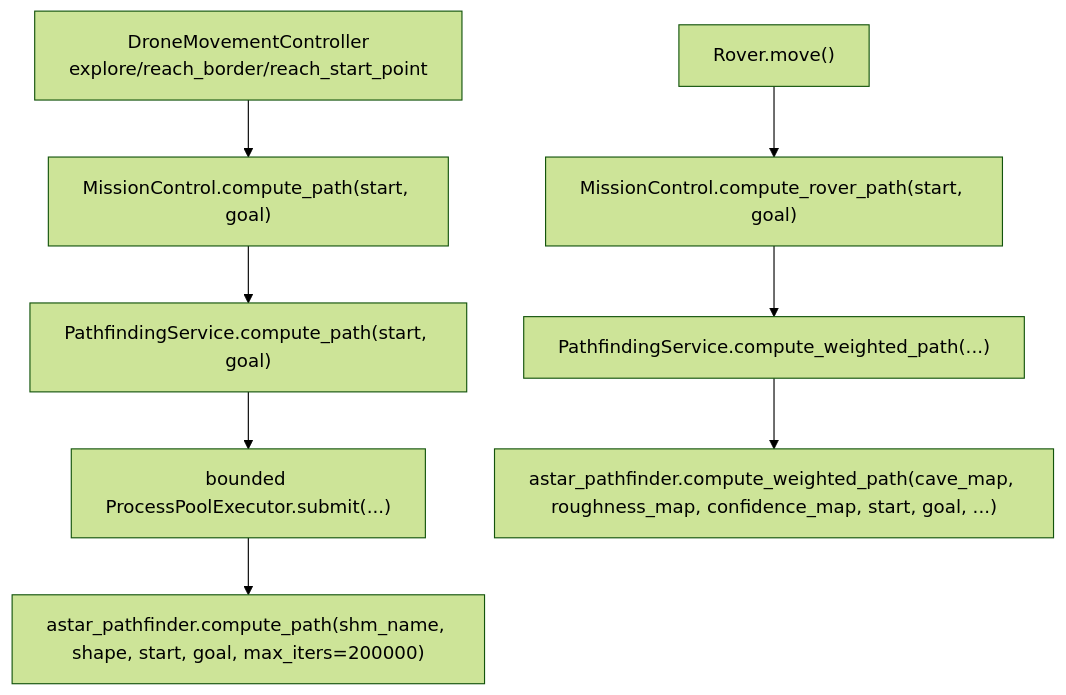
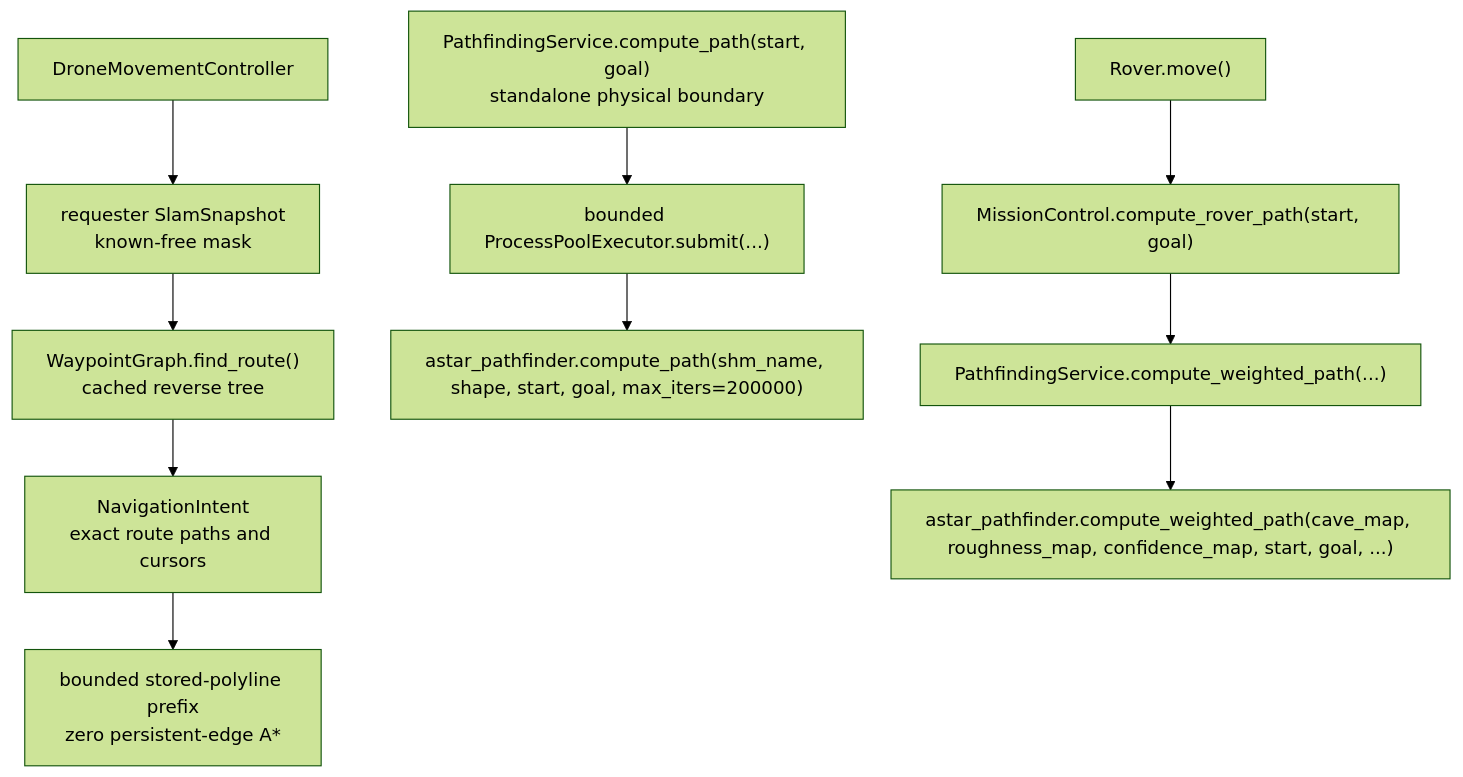
One commit to Gmark117/Cave_Game changed the tenth of 14 diagrams in docs/CODEFLOW.md. Above: the diagram before and after it, drawn with Mermaid (forest theme). The commit also changed other lines of this file and 68 other files, not shown here.

````diff
--- a/docs/CODEFLOW.md
+++ b/docs/CODEFLOW.md
@@ -662,15 +733,19 @@
 ```mermaid
 flowchart TD
-    Drone["DroneMovementController<br/>explore/reach_border/reach_start_point"]
-    Compute["MissionControl.compute_path(start, goal)"]
-    Service["PathfindingService.compute_path(start, goal)"]
+    Drone["DroneMovementController"]
+    Belief["requester SlamSnapshot<br/>known-free mask"]
+    Strategic["WaypointGraph.find_route()<br/>cached reverse tree"]
+    Intent["NavigationIntent<br/>exact route paths and cursors"]
+    Prefix["bounded stored-polyline prefix<br/>zero persistent-edge A*"]
+    Standalone["PathfindingService.compute_path(start, goal)<br/>standalone physical boundary"]
     Pool["bounded ProcessPoolExecutor.submit(...)"]
     Shared["astar_pathfinder.compute_path(shm_name, shape, start, goal, max_iters=200000)"]
     Weighted["astar_pathfinder.compute_weighted_path(cave_map, roughness_map, confidence_map, start, goal, ...)"]
     Rover["Rover.move()"]
     RoverControl["MissionControl.compute_rover_path(start, goal)"]
     RoverService["PathfindingService.compute_weighted_path(...)"]
 
-    Drone --> Compute --> Service --> Pool --> Shared
+    Drone --> Belief --> Strategic --> Intent --> Prefix
+    Standalone --> Pool --> Shared
     Rover --> RoverControl --> RoverService --> Weighted
 ```
````
